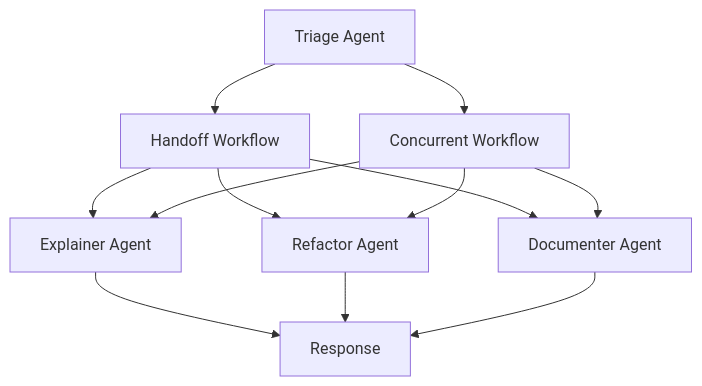
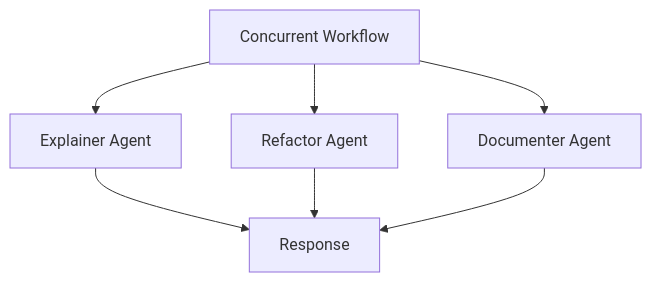
One commit to eurobin39/resume-generate-agent changed the first of 2 diagrams in README.md. Above: the diagram before and after it, drawn with Mermaid. The commit also changed other lines of this file and 5 other files, not shown here.

````diff
--- a/README.md
+++ b/README.md
@@ -59,14 +59,9 @@
 ```mermaid
 flowchart TD
-  R["Triage Agent"] --> H["Handoff Workflow"]
-  H --> E["Explainer Agent"]
-  H --> F["Refactor Agent"]
-  H --> G["Documenter Agent"]
+  C["Concurrent Workflow"] --> E["Explainer Agent"]
+  C --> F["Refactor Agent"]
+  C --> G["Documenter Agent"]
   E --> O["Response"]
   F --> O
   G --> O
-  R --> C["Concurrent Workflow"]
-  C --> E
-  C --> F
-  C --> G
 ```
````
